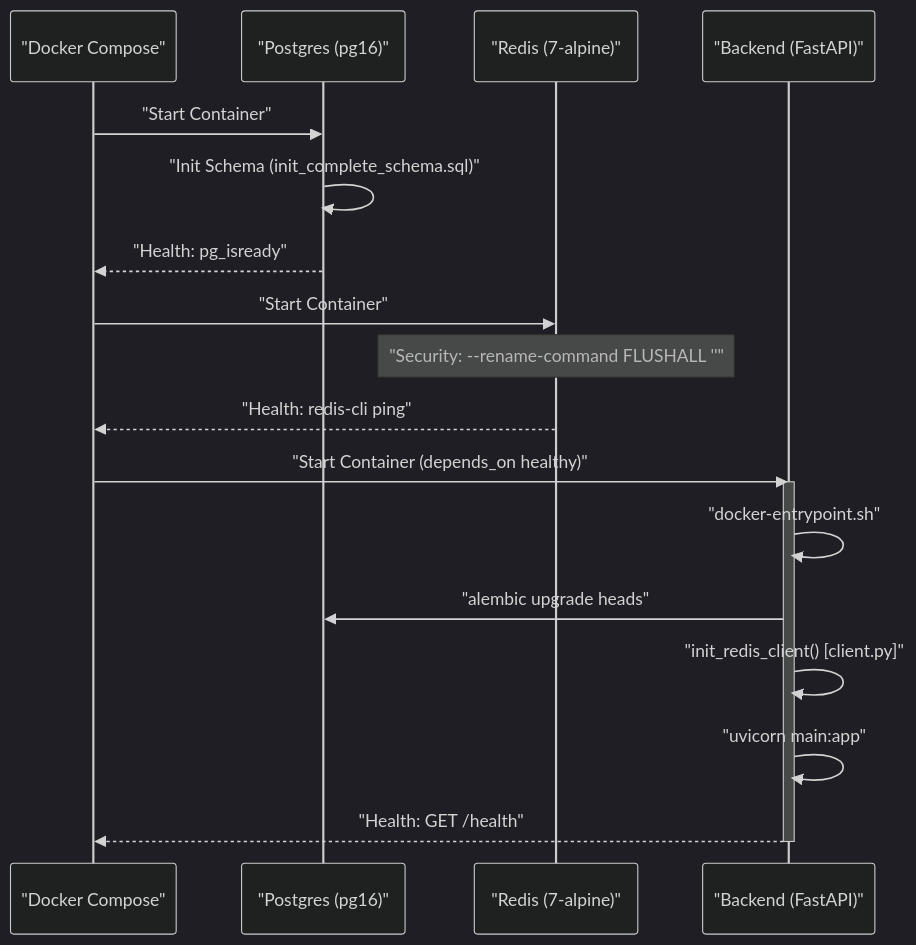
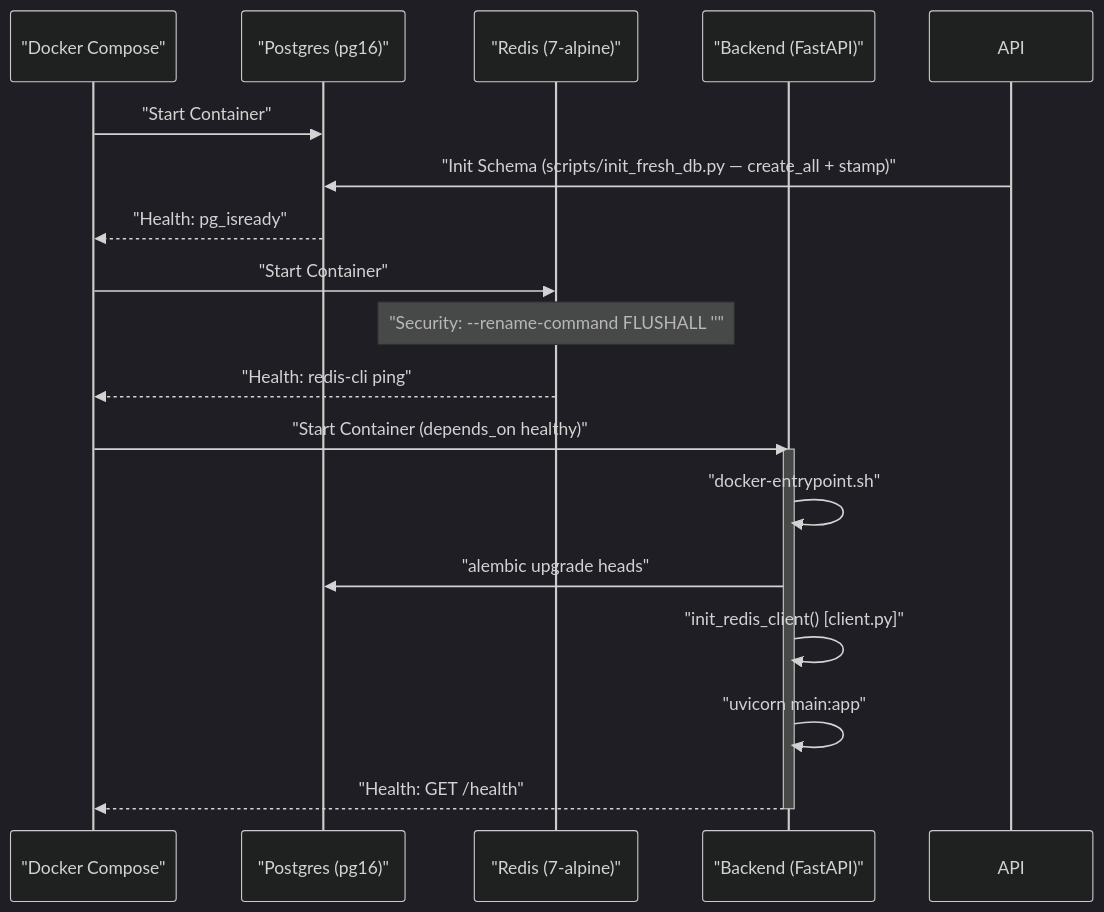
Before and after one commit to AutomatosAI/automatos-ai: the second of 2 diagrams in docs/getting-started/installation-setup.md, drawn with Mermaid (dark theme). The commit also changed other lines of this file and 17 other files, not shown here.

````diff
--- a/docs/getting-started/installation-setup.md
+++ b/docs/getting-started/installation-setup.md
@@ -121,24 +121,24 @@
 ```mermaid
 sequenceDiagram
     participant DC as "Docker Compose"
     participant PG as "Postgres (pg16)"
     participant RD as "Redis (7-alpine)"
     participant BE as "Backend (FastAPI)"
     
     DC->>PG: "Start Container"
-    PG->>PG: "Init Schema (init_complete_schema.sql)"
+    API->>PG: "Init Schema (scripts/init_fresh_db.py — create_all + stamp)"
     PG-->>DC: "Health: pg_isready"
     
     DC->>RD: "Start Container"
     Note over RD: "Security: --rename-command FLUSHALL ''"
     RD-->>DC: "Health: redis-cli ping"
     
     DC->>BE: "Start Container (depends_on healthy)"
     activate BE
     BE->>BE: "docker-entrypoint.sh"
     BE->>PG: "alembic upgrade heads"
     BE->>BE: "init_redis_client() [client.py]"
     BE->>BE: "uvicorn main:app"
     BE-->>DC: "Health: GET /health"
     deactivate BE
 ```
````
